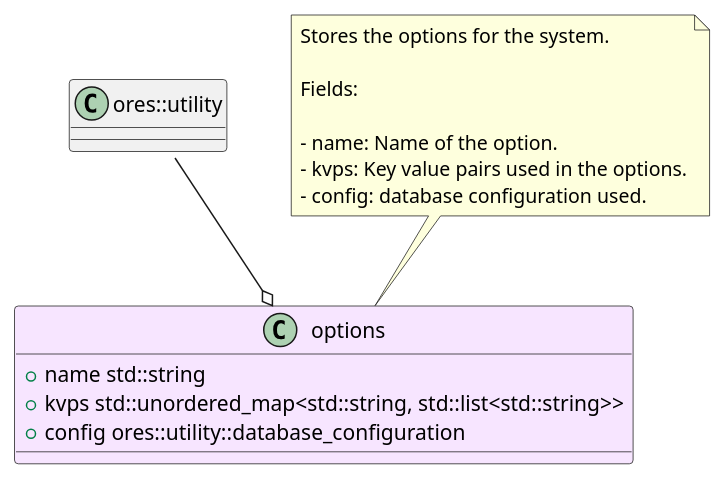
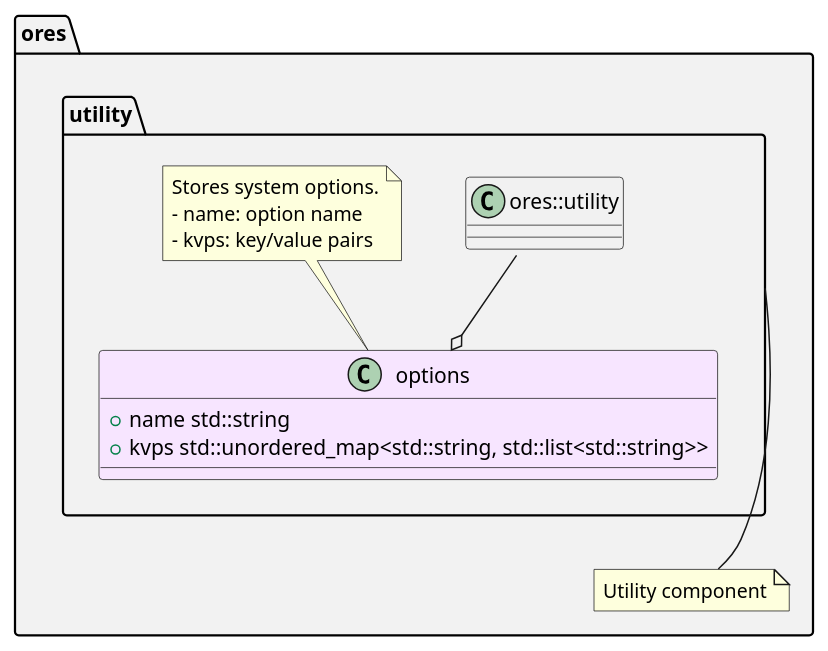
Before and after one commit to OreStudio/OreStudio: the fifth of 5 diagrams in doc/skills/plantuml-modeler/skill.org, drawn with PlantUML. The commit also changed other lines of this file, not shown here.

```diff
--- a/doc/skills/plantuml-modeler/skill.org
+++ b/doc/skills/plantuml-modeler/skill.org
@@ -255,19 +168,20 @@
 #+begin_src plantuml
-class options #F7E5FF {
-    +{field} name std::string
-    +{field} kvps std::unordered_map<std::string, std::list<std::string>>
-    +{field} config ores::utility::database_configuration
+namespace ores #F2F2F2 {
+    note "Utility component" as N1
+    utility --- N1
+
+    namespace utility #F2F2F2 {
+        class options #F7E5FF {
+            +{field} name std::string
+            +{field} kvps std::unordered_map<std::string, std::list<std::string>>
+        }
+        note top of options
+        Stores system options.
+        - name: option name
+        - kvps: key/value pairs
+        end note
+
+        options o-u- ores::utility::database_configuration
+    }
 }
-
-note top of options
-Stores the options for the system.
-
-Fields:
-
-- name: Name of the option.
-- kvps: Key value pairs used in the options.
-- config: database configuration used.
-end note
-
-options o-u- ores::utility::database_configuration
 #+end_src
```
